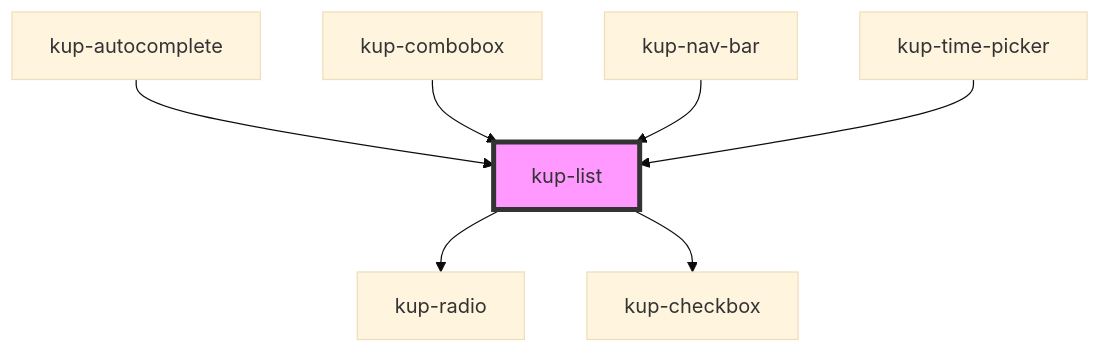
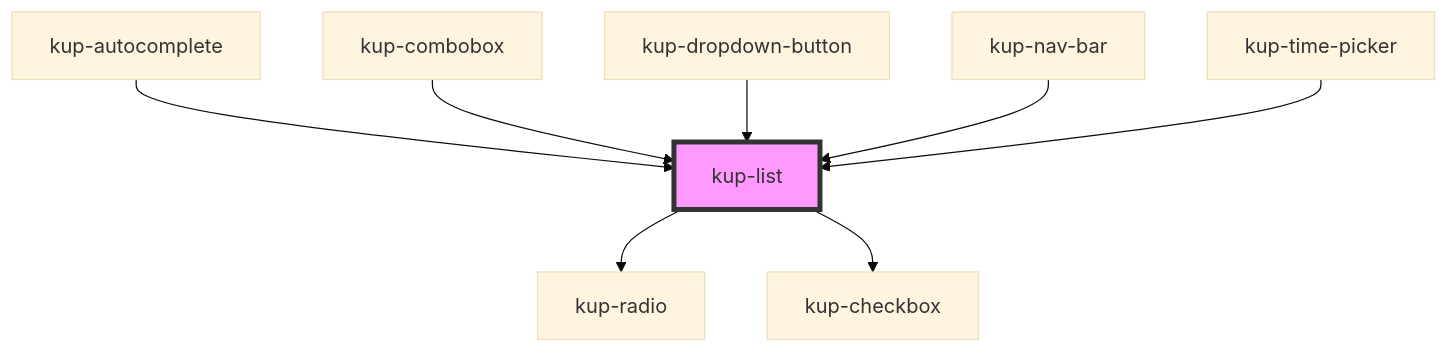
Before and after one commit to smeup/ketchup: the diagram in packages/ketchup/src/components/kup-list/readme.md, drawn with Mermaid (base theme). The commit also changed other lines of this file and 6 other files, not shown here.

Commit message:
kup-dropdown-button: first release

````diff
--- a/packages/ketchup/src/components/kup-list/readme.md
+++ b/packages/ketchup/src/components/kup-list/readme.md
@@ -74,10 +75,11 @@
 ```mermaid
 graph TD;
   kup-list --> kup-radio
   kup-list --> kup-checkbox
   kup-autocomplete --> kup-list
   kup-combobox --> kup-list
+  kup-dropdown-button --> kup-list
   kup-nav-bar --> kup-list
   kup-time-picker --> kup-list
   style kup-list fill:#f9f,stroke:#333,stroke-width:4px
 ```
````
